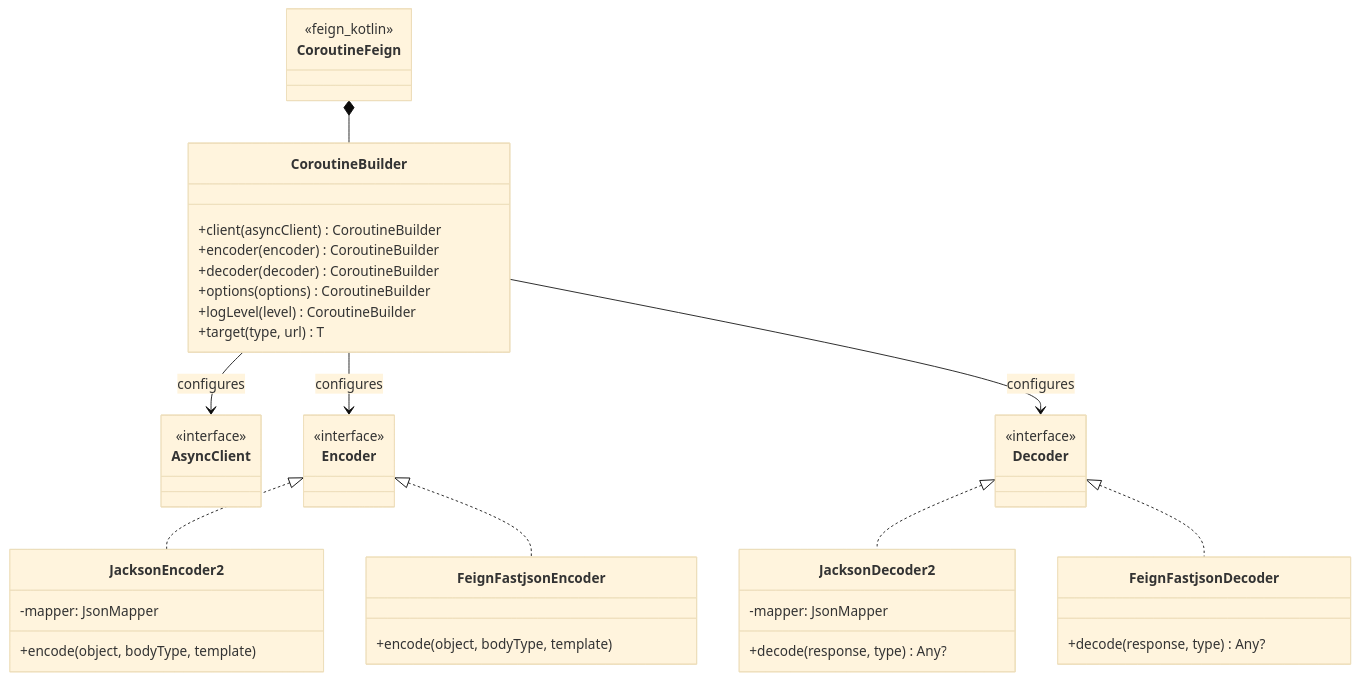
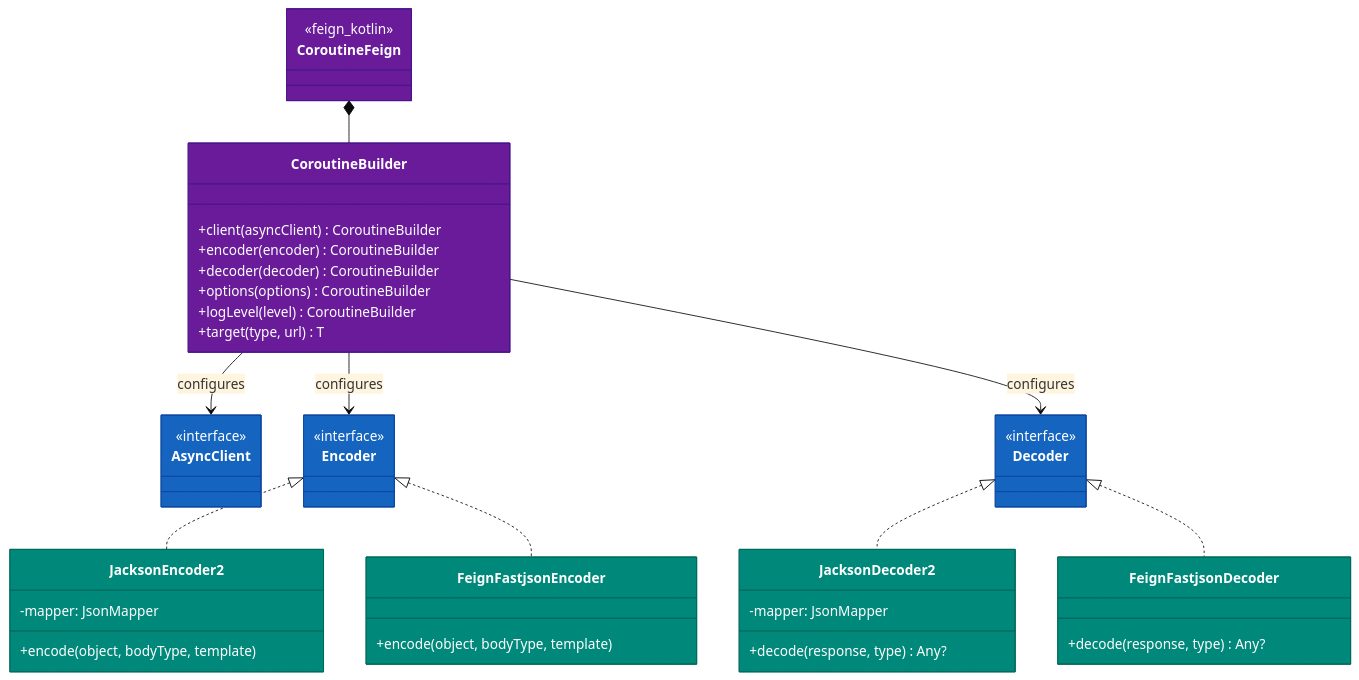
Before and after one commit to bluetape4k/bluetape4k-projects: the second of 4 diagrams in io/feign/README.md, drawn with Mermaid (base theme). The commit also changed other lines of this file and 221 other files, not shown here.

First line of the commit message:
docs: 전체 모듈 README UML 다이어그램 보강 및 색상 업그레이드

````diff
--- a/io/feign/README.md
+++ b/io/feign/README.md
@@ -59,54 +71,64 @@
 ```mermaid
 classDiagram
     class CoroutineFeign {
         <<feign_kotlin>>
     }
 
     class CoroutineBuilder {
         +client(asyncClient) CoroutineBuilder
         +encoder(encoder) CoroutineBuilder
         +decoder(decoder) CoroutineBuilder
         +options(options) CoroutineBuilder
         +logLevel(level) CoroutineBuilder
         +target(type, url) T
     }
 
     class AsyncClient {
         <<interface>>
     }
 
     class Encoder {
         <<interface>>
     }
 
     class Decoder {
         <<interface>>
     }
 
     class JacksonEncoder2 {
         -mapper: JsonMapper
         +encode(object, bodyType, template)
     }
 
     class JacksonDecoder2 {
         -mapper: JsonMapper
         +decode(response, type) Any?
     }
 
     class FeignFastjsonEncoder {
         +encode(object, bodyType, template)
     }
 
     class FeignFastjsonDecoder {
         +decode(response, type) Any?
     }
 
     CoroutineFeign *-- CoroutineBuilder
     CoroutineBuilder --> AsyncClient : configures
     CoroutineBuilder --> Encoder : configures
     CoroutineBuilder --> Decoder : configures
     Encoder <|.. JacksonEncoder2
     Decoder <|.. JacksonDecoder2
     Encoder <|.. FeignFastjsonEncoder
     Decoder <|.. FeignFastjsonDecoder
+
+    style CoroutineFeign fill:#6A1B9A,stroke:#4A148C,color:#FFFFFF
+    style CoroutineBuilder fill:#6A1B9A,stroke:#4A148C,color:#FFFFFF
+    style AsyncClient fill:#1565C0,stroke:#0D47A1,color:#FFFFFF
+    style Encoder fill:#1565C0,stroke:#0D47A1,color:#FFFFFF
+    style Decoder fill:#1565C0,stroke:#0D47A1,color:#FFFFFF
+    style JacksonEncoder2 fill:#00897B,stroke:#00695C,color:#FFFFFF
+    style JacksonDecoder2 fill:#00897B,stroke:#00695C,color:#FFFFFF
+    style FeignFastjsonEncoder fill:#00897B,stroke:#00695C,color:#FFFFFF
+    style FeignFastjsonDecoder fill:#00897B,stroke:#00695C,color:#FFFFFF
 ```
````
